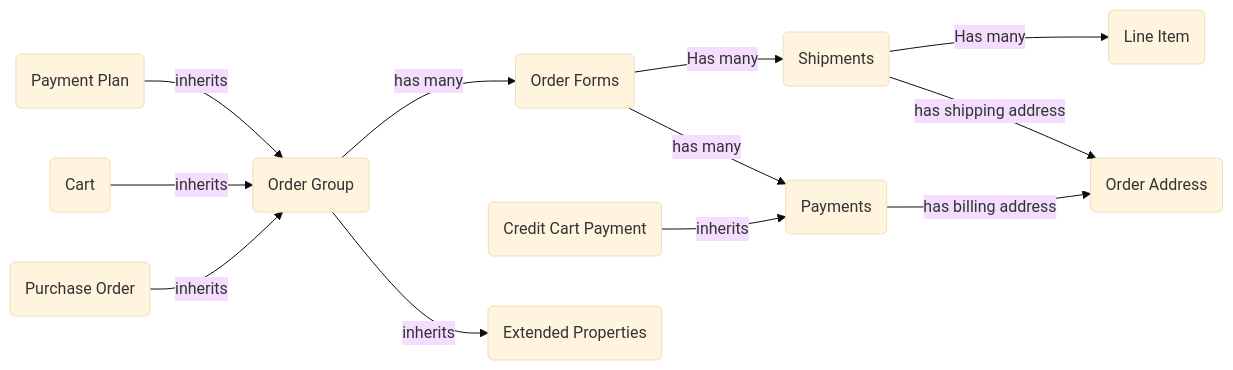
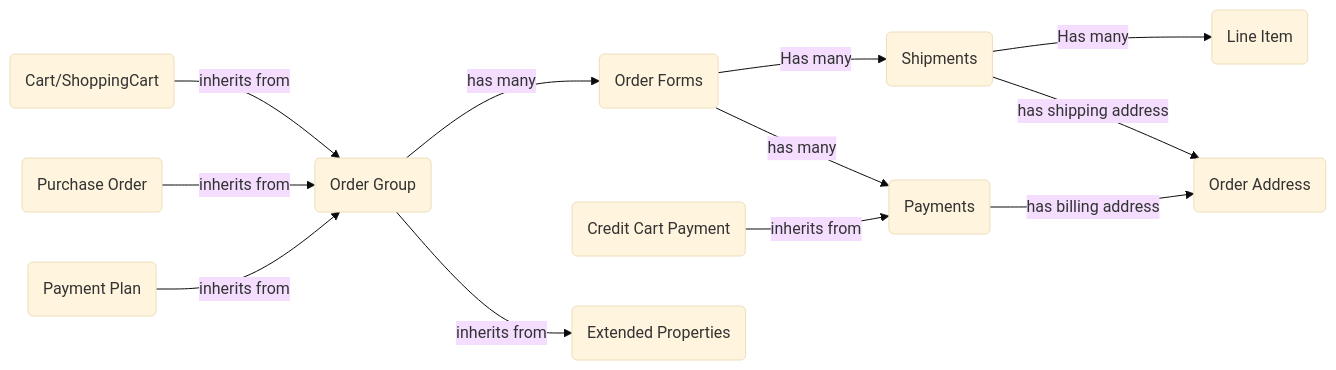
The fourth of 14 diagrams in episerver.md (danghung1202/awesome-note), drawn with Mermaid (base theme) before and after one commit. The commit also changed other lines of this file and 1 other file, not shown here.

````diff
--- a/episerver.md
+++ b/episerver.md
@@ -668,15 +671,15 @@
 ```mermaid
     graph LR
     A(Order Group)-->|has many|B(Order Forms)
     B-->|Has many|C(Shipments)
     C-->|Has many|D(Line Item)
     B-->|has many|E(Payments)
-    F(Credit Cart Payment)-->|inherits|E
+    F(Credit Cart Payment)-->|inherits from|E
     C-->|has shipping address|G(Order Address)
     E-->|has billing address|G
-    A-->|inherits|I(Extended Properties)
-    P(Payment Plan)-->|inherits|A
-    AC(Cart)-->|inherits|A
-    PO(Purchase Order)-->|inherits|A
+    A-->|inherits from|I(Extended Properties)
+    AC(Cart/ShoppingCart)-->|inherits from|A
+    PO(Purchase Order)-->|inherits from|A
+    P(Payment Plan)-->|inherits from|A
 
 ```
````
